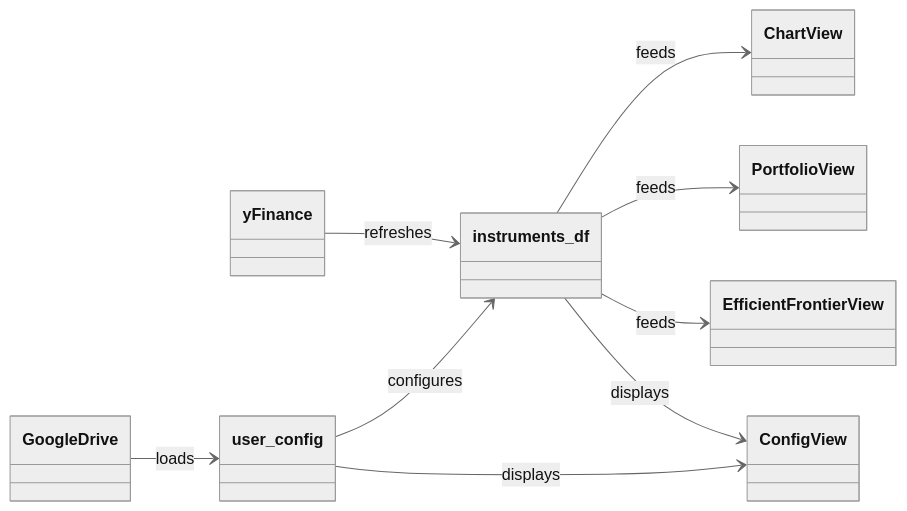
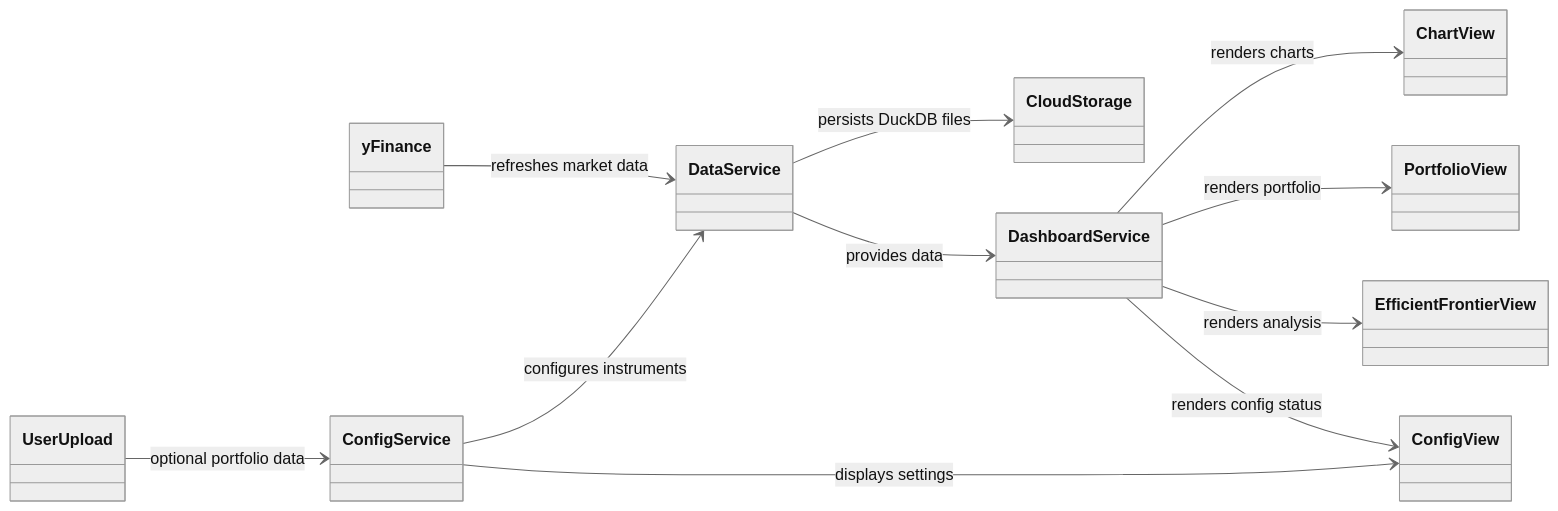
The diagram in docs/stonkulator-design-document.md (bobatgit/stonkulator), drawn with Mermaid (neutral theme) before and after one commit. The commit also changed other lines of this file, not shown here.

````diff
--- a/docs/stonkulator-design-document.md
+++ b/docs/stonkulator-design-document.md
@@ -55,13 +58,15 @@
 ```mermaid
 classDiagram
   direction LR
-  Google Drive --> user_config : loads
-  user_config --> instruments_df : configures
-  user_config --> Config View : displays
-  yFinance --> instruments_df : refreshes
-  instruments_df --> Chart View : feeds
-  instruments_df --> Portfolio View : feeds
-  instruments_df --> Efficient Frontier View : feeds
-  instruments_df --> Config View : displays
+  User Upload --> Config Service : optional portfolio data
+  Config Service --> Data Service : configures instruments
+  Config Service --> Config View : displays settings
+  yFinance --> Data Service : refreshes market data
+  Data Service --> Cloud Storage : persists DuckDB files
+  Data Service --> Dashboard Service : provides data
+  Dashboard Service --> Chart View : renders charts
+  Dashboard Service --> Portfolio View : renders portfolio
+  Dashboard Service --> Efficient Frontier View : renders analysis
+  Dashboard Service --> Config View : renders config status
 
 ```
````
